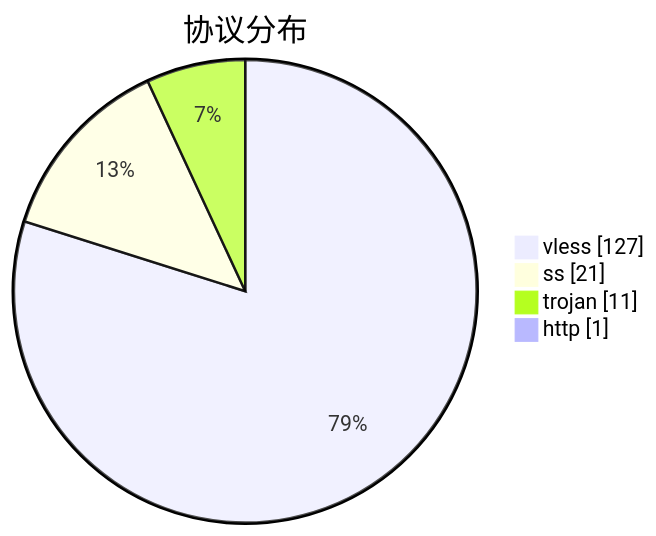
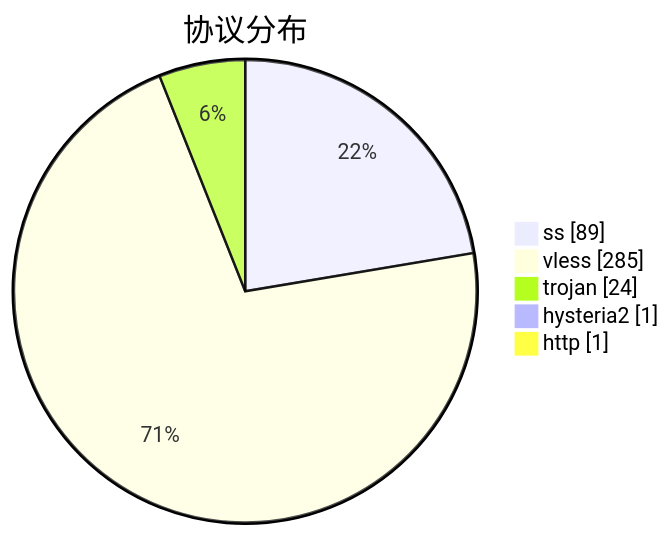
One commit to qjlxg/airport changed the third of 3 diagrams in subs/statistics/tested_within.md. Above: the diagram before and after it, drawn with Mermaid. The commit also changed other lines of this file and 2 other files, not shown here.

````diff
--- a/subs/statistics/tested_within.md
+++ b/subs/statistics/tested_within.md
@@ -28,8 +31,9 @@
 ```mermaid
 pie showData
 title 协议分布
-"vless" : 127
-"ss" : 21
-"trojan" : 11
+"ss" : 89
+"vless" : 285
+"trojan" : 24
+"hysteria2" : 1
 "http" : 1
 ```
````
